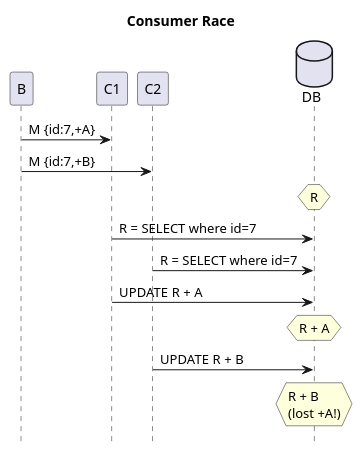
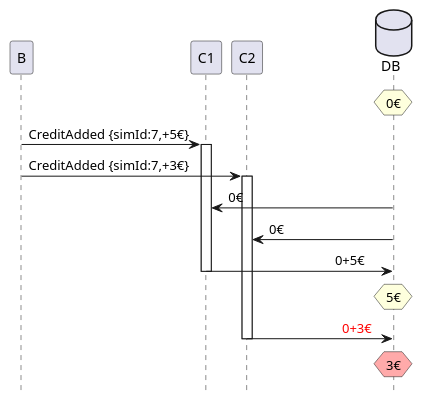
Before and after one commit to victorrentea/kafka: the diagram in patterns/3_race_c_c.puml, drawn with PlantUML. The commit also changed 43 other files, not shown here.

```diff
--- a/patterns/3_race_c_c.puml
+++ b/patterns/3_race_c_c.puml
@@ -1,15 +1,18 @@
 @startuml
-title Consumer Race
+'title Consumer Race
 hide footbox
 database DB order 9
 
-B->C1: M {id:7,+A}
-B->C2: M {id:7,+B}
-hnote over DB: R
-C1->DB: R = SELECT where id=7
-C2->DB: R = SELECT where id=7
-C1->DB: UPDATE R + A
-hnote over DB: R + A
-C2->DB: UPDATE R + B
-hnote over DB: R + B\n(lost +A!)
+hnote over DB: 0€
+B->C1++: CreditAdded {simId:7,+5€}
+B->C2++: CreditAdded {simId:7,+3€}
+C1<-DB: 0€
+C2<-DB: 0€
+C1->DB: <font color=black>                                    0+5€
+C1--
+hnote over DB: 5€
+C2->DB: <font color=red>                          0+3€
+C2--
+hnote over DB #FFAAAA: 3€
+
 @enduml
```
